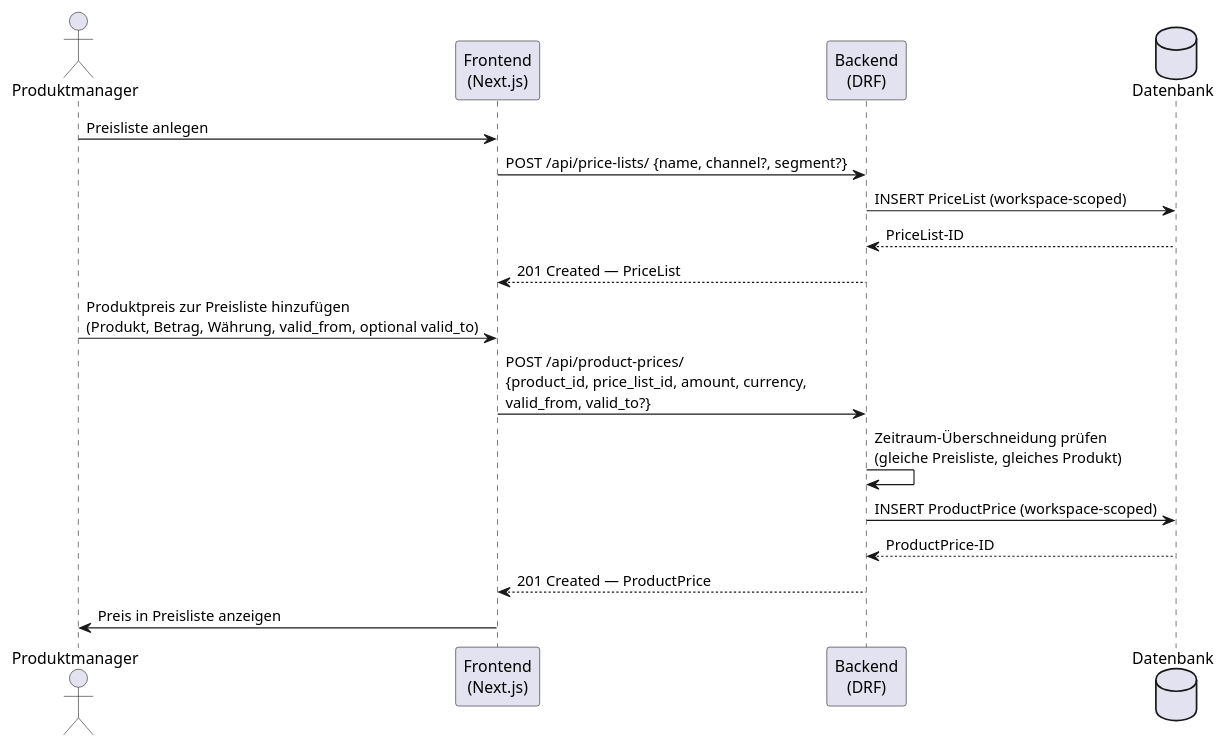
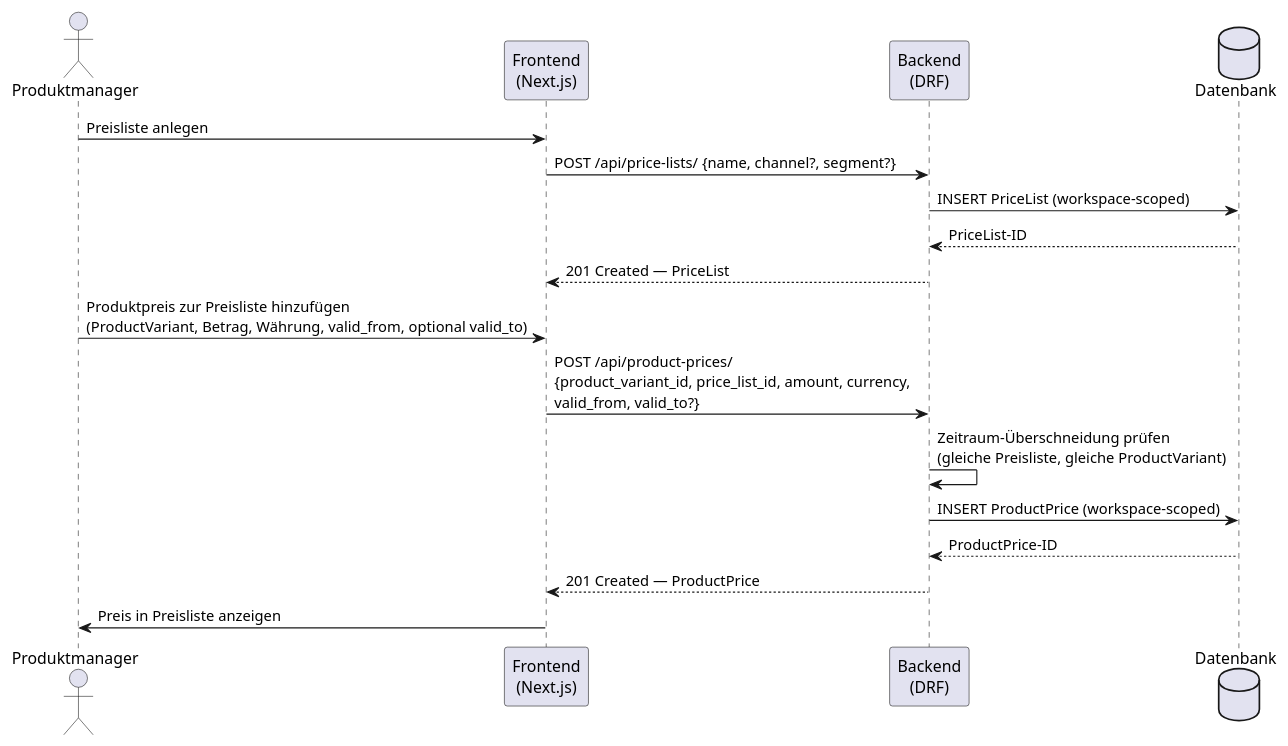
Before and after one commit to KoalixSwitzerland/koalixcrm_system: the diagram in use_cases/use_case_0004.md, drawn with PlantUML. The commit also changed other lines of this file and 21 other files, not shown here.

````diff
--- a/use_cases/use_case_0004.md
+++ b/use_cases/use_case_0004.md
@@ -23,23 +24,23 @@
 ```plantuml
 @startuml UC-0004-Hauptablauf
 actor "Produktmanager" as PM
 participant "Frontend\n(Next.js)" as FE
 participant "Backend\n(DRF)" as BE
 database "Datenbank" as DB
 
 PM -> FE : Preisliste anlegen
 FE -> BE : POST /api/price-lists/ {name, channel?, segment?}
 BE -> DB : INSERT PriceList (workspace-scoped)
 DB --> BE : PriceList-ID
 BE --> FE : 201 Created — PriceList
 
-PM -> FE : Produktpreis zur Preisliste hinzufügen\n(Produkt, Betrag, Währung, valid_from, optional valid_to)
-FE -> BE : POST /api/product-prices/\n{product_id, price_list_id, amount, currency,\nvalid_from, valid_to?}
-BE -> BE : Zeitraum-Überschneidung prüfen\n(gleiche Preisliste, gleiches Produkt)
+PM -> FE : Produktpreis zur Preisliste hinzufügen\n(ProductVariant, Betrag, Währung, valid_from, optional valid_to)
+FE -> BE : POST /api/product-prices/\n{product_variant_id, price_list_id, amount, currency,\nvalid_from, valid_to?}
+BE -> BE : Zeitraum-Überschneidung prüfen\n(gleiche Preisliste, gleiche ProductVariant)
 BE -> DB : INSERT ProductPrice (workspace-scoped)
 DB --> BE : ProductPrice-ID
 BE --> FE : 201 Created — ProductPrice
 
 FE -> PM : Preis in Preisliste anzeigen
 @enduml
 ```
````
